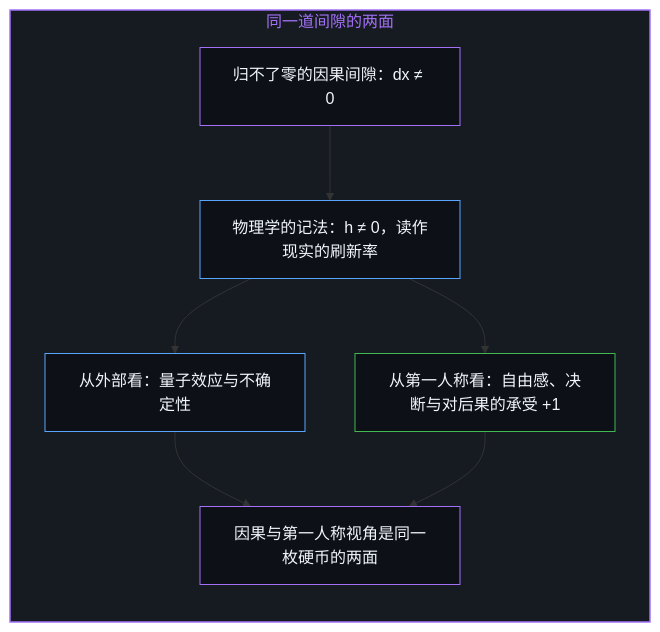
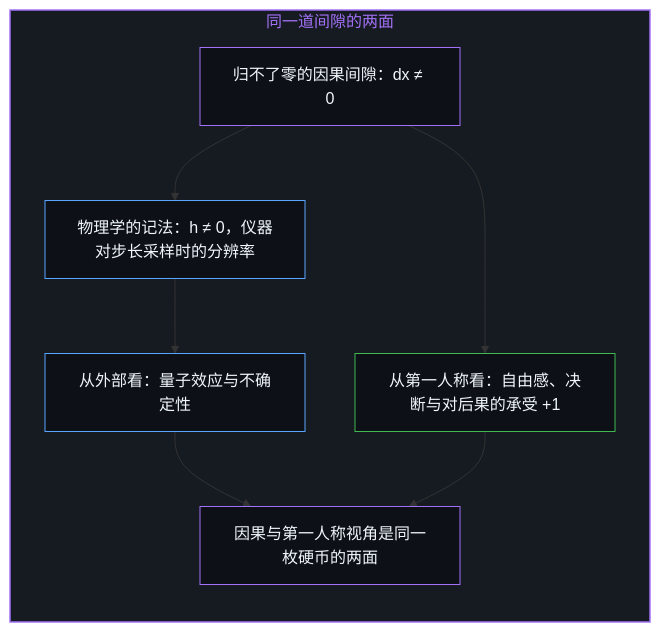
Before and after one commit to powerpig99/not-a-toe: the third of 6 diagrams in content/posts/demanding-a-toe-freezes-time-into-a-catalog.md, drawn with Mermaid. The commit also changed other lines of this file and 27 other files, not shown here.

````diff
--- a/content/posts/demanding-a-toe-freezes-time-into-a-catalog.md
+++ b/content/posts/demanding-a-toe-freezes-time-into-a-catalog.md
@@ -133,23 +131,22 @@
 ```mermaid
 flowchart TD
     subgraph S_Coin["同一道间隙的两面"]
         direction TB
         Gap["归不了零的因果间隙：dx ≠ 0"]
-        Planck["物理学的记法：h ≠ 0，读作现实的刷新率"]
+        Planck["物理学的记法：h ≠ 0，仪器对步长采样时的分辨率"]
         Third["从外部看：量子效应与不确定性"]
         First["从第一人称看：自由感、决断与对后果的承受 +1"]
         One["因果与第一人称视角是同一枚硬币的两面"]
         Gap --> Planck
         Planck --> Third
-        Planck --> First
+        Gap --> First
         Third --> One
         First --> One
     end
-
     style S_Coin fill:#161b22,stroke:#a371f7,stroke-width:1.5px,color:#a371f7
     style Gap fill:#0d1117,stroke:#a371f7,stroke-width:1px,color:#f0f6fc
     style Planck fill:#0d1117,stroke:#58a6ff,stroke-width:1px,color:#f0f6fc
     style Third fill:#0d1117,stroke:#58a6ff,stroke-width:1px,color:#f0f6fc
     style First fill:#0d1117,stroke:#3fb950,stroke-width:1px,color:#f0f6fc
     style One fill:#0d1117,stroke:#a371f7,stroke-width:1px,color:#f0f6fc
 ```
````
